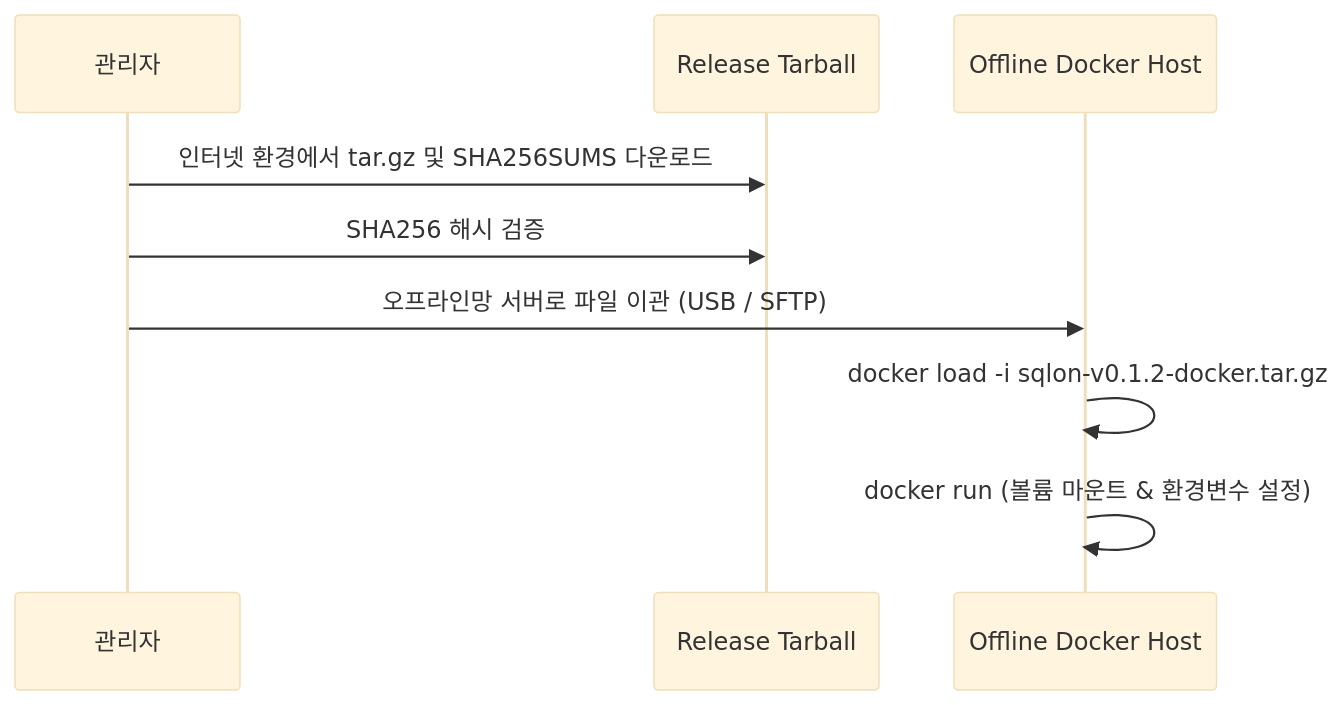
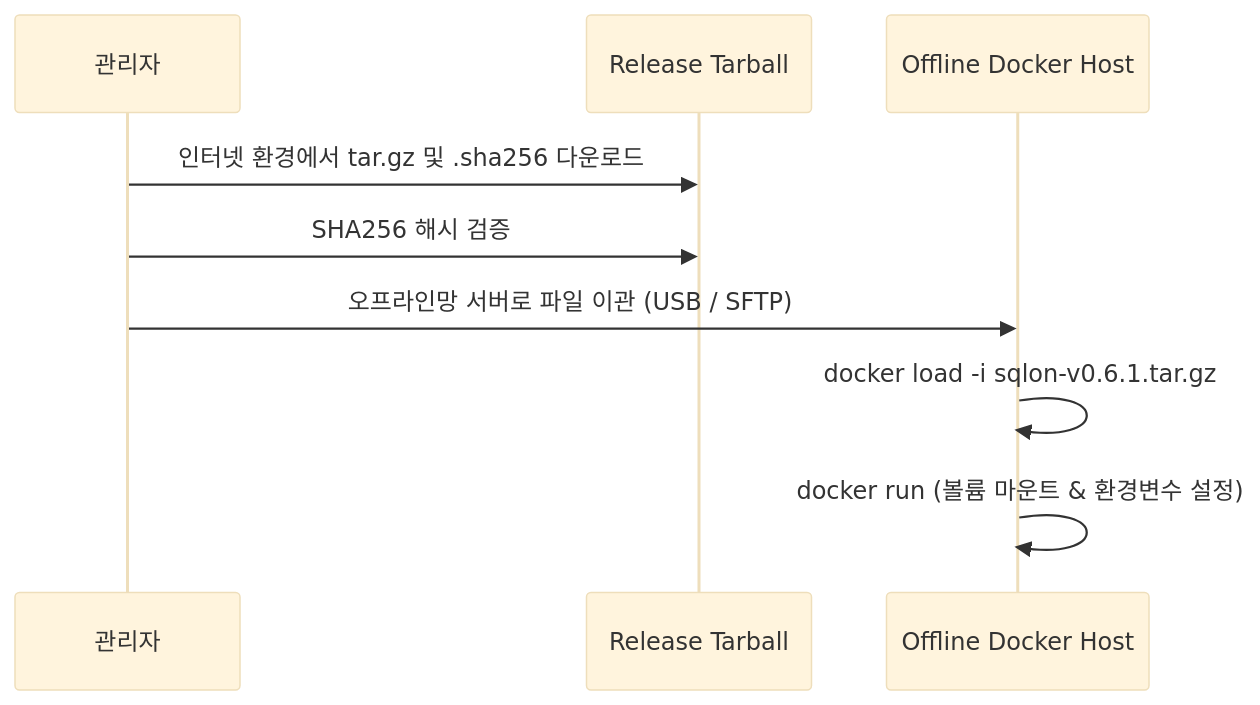
The second of 2 diagrams in docs/admin_guide.md (hkjang/sqlon), drawn with Mermaid (base theme) before and after one commit. The commit also changed other lines of this file and 14 other files, not shown here.

````diff
--- a/docs/admin_guide.md
+++ b/docs/admin_guide.md
@@ -60,12 +62,12 @@
 ```mermaid
 sequenceDiagram
     participant Admin as 관리자
     participant File as Release Tarball
     participant Docker as Offline Docker Host
     
-    Admin->>File: 인터넷 환경에서 tar.gz 및 SHA256SUMS 다운로드
+    Admin->>File: 인터넷 환경에서 tar.gz 및 .sha256 다운로드
     Admin->>File: SHA256 해시 검증
     Admin->>Docker: 오프라인망 서버로 파일 이관 (USB / SFTP)
-    Docker->>Docker: docker load -i sqlon-v0.1.2-docker.tar.gz
+    Docker->>Docker: docker load -i sqlon-v0.6.1.tar.gz
     Docker->>Docker: docker run (볼륨 마운트 & 환경변수 설정)
 ```
````
